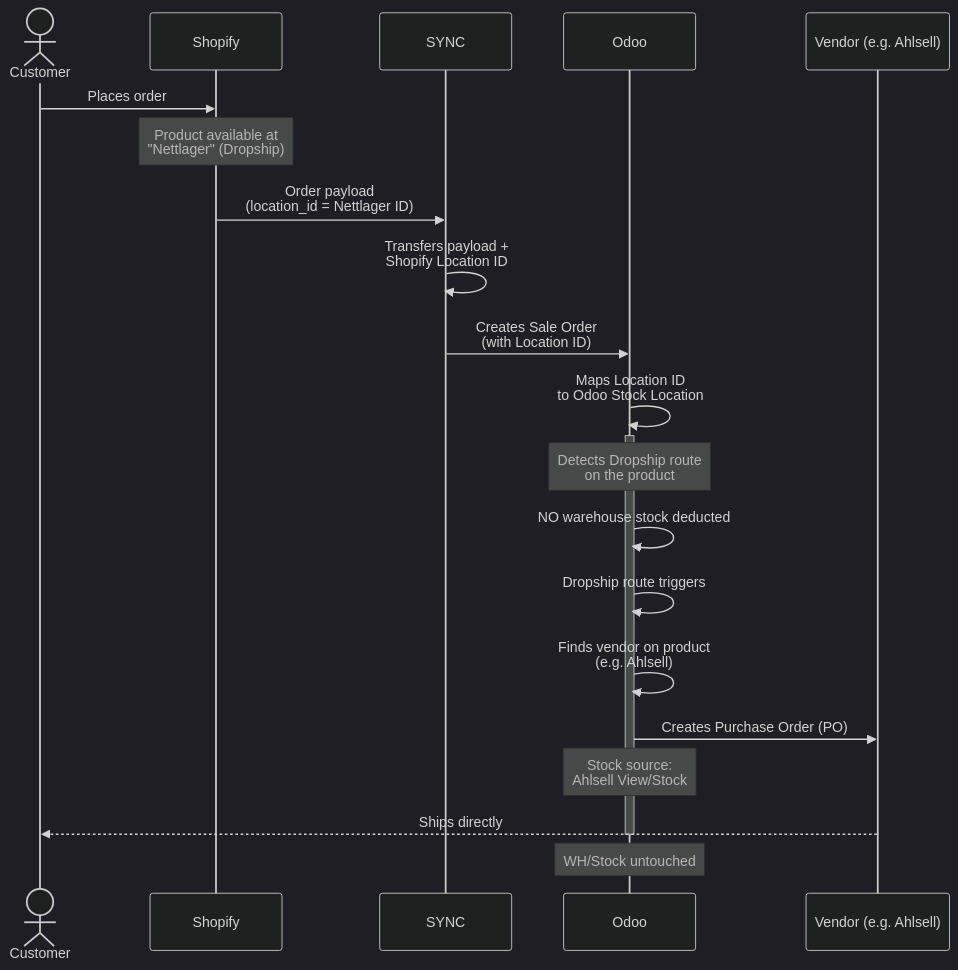
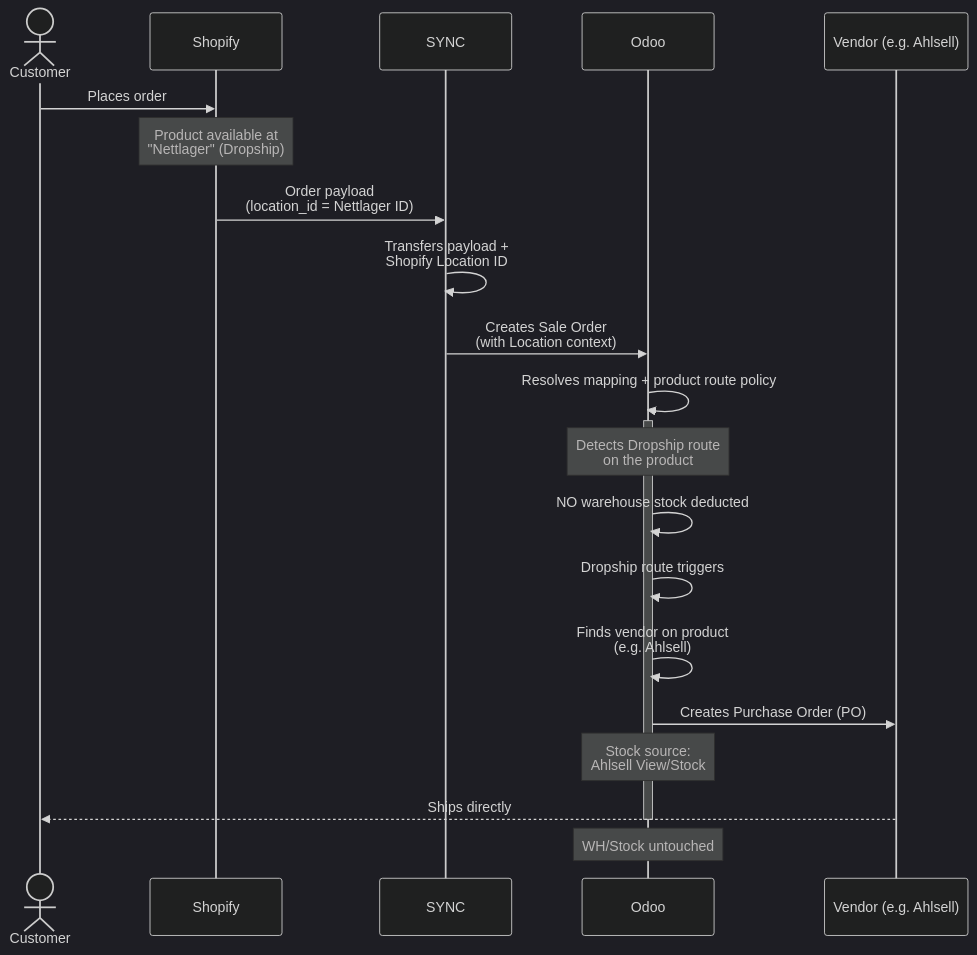
Before and after one commit to ozan-droid/documents: the sixth of 16 diagrams in shopify-sync-odoo-scenarios.md, drawn with Mermaid (dark theme). The commit also changed other lines of this file, not shown here.

````diff
--- a/shopify-sync-odoo-scenarios.md
+++ b/shopify-sync-odoo-scenarios.md
@@ -276,30 +279,30 @@
 ```mermaid
 sequenceDiagram
     actor Customer
     participant Shopify
     participant SYNC
     participant Odoo
     participant Vendor as Vendor (e.g. Ahlsell)
 
     Customer->>Shopify: Places order
     Note over Shopify: Product available at<br/>"Nettlager" (Dropship)
 
     Shopify->>SYNC: Order payload<br/>(location_id = Nettlager ID)
     SYNC->>SYNC: Transfers payload +<br/>Shopify Location ID
-    SYNC->>Odoo: Creates Sale Order<br/>(with Location ID)
-    Odoo->>Odoo: Maps Location ID<br/>to Odoo Stock Location
+    SYNC->>Odoo: Creates Sale Order<br/>(with Location context)
+    Odoo->>Odoo: Resolves mapping + product route policy
 
     activate Odoo
     Note over Odoo: Detects Dropship route<br/>on the product
 
     Odoo->>Odoo: NO warehouse stock deducted
     Odoo->>Odoo: Dropship route triggers
     Odoo->>Odoo: Finds vendor on product<br/>(e.g. Ahlsell)
     Odoo->>Vendor: Creates Purchase Order (PO)
     Note over Odoo: Stock source:<br/>Ahlsell View/Stock
 
     Vendor-->>Customer: Ships directly
     deactivate Odoo
 
     Note over Odoo: WH/Stock untouched
 ```
````
